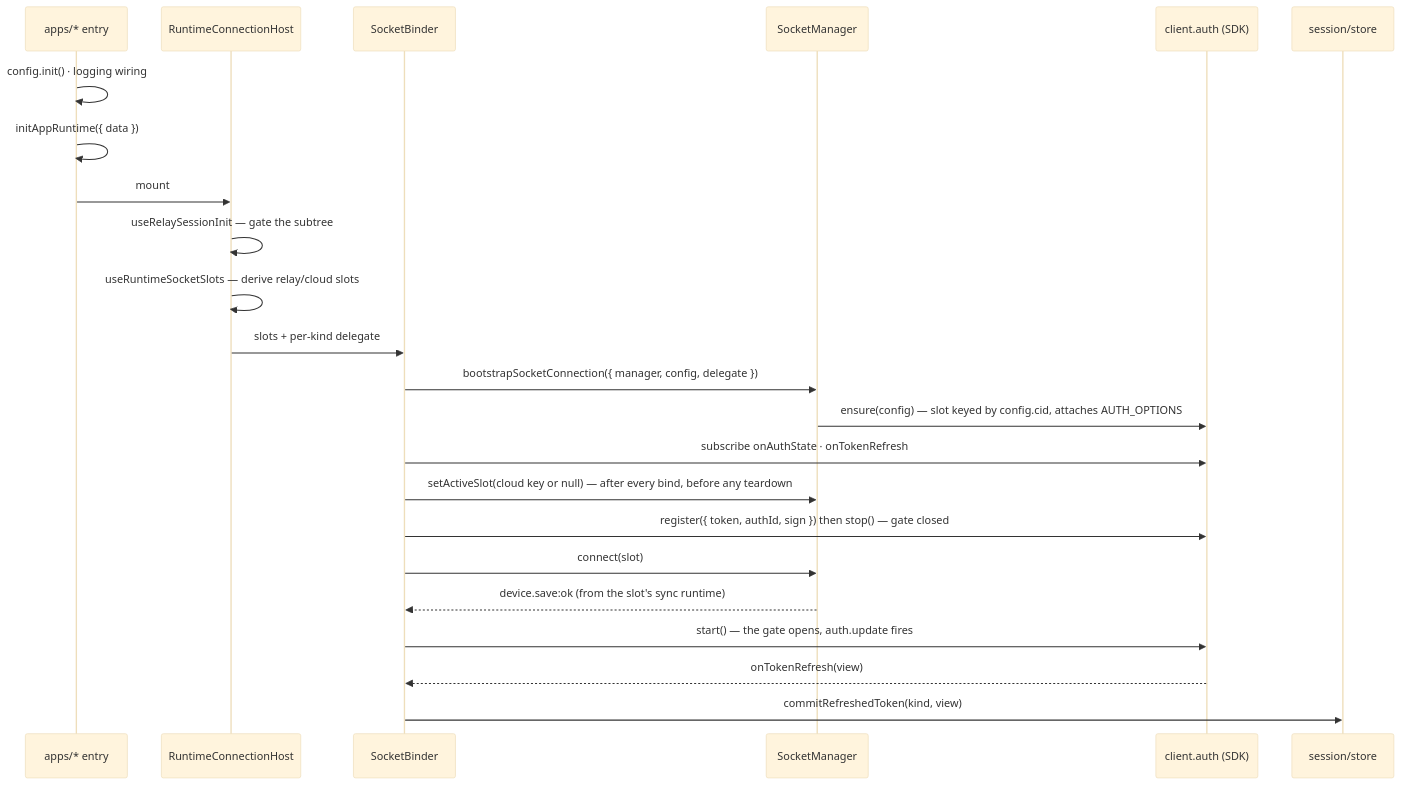
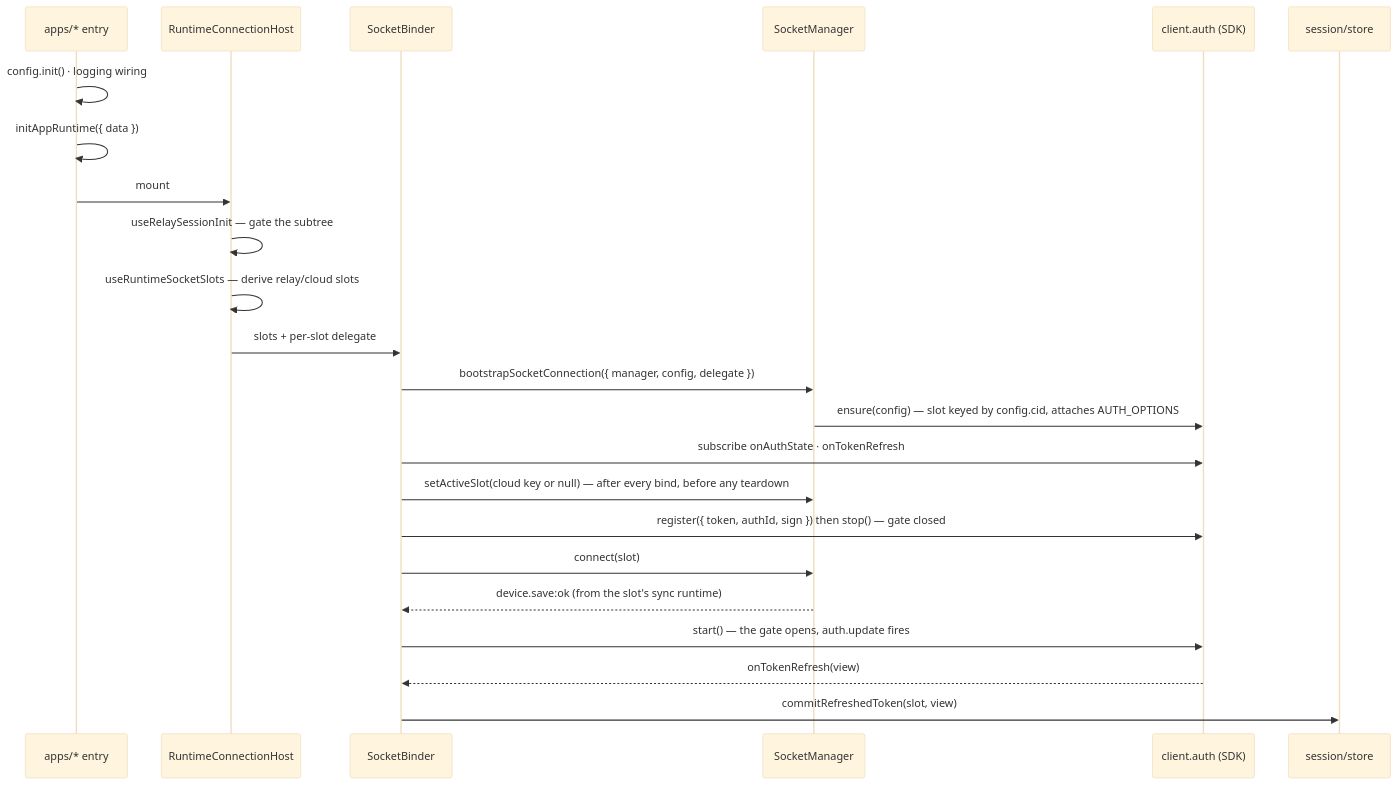
One commit to lemoncloud-io/dou-app changed the second of 2 diagrams in libs/app-runtime/README.md. Above: the diagram before and after it, drawn with Mermaid (base theme). The commit also changed other lines of this file and 39 other files, not shown here.

First line of the commit message:
feat(app-runtime): key socket auth by the slot's cloud, not the server kind (ADR-0117)

````diff
--- a/libs/app-runtime/README.md
+++ b/libs/app-runtime/README.md
@@ -125,26 +125,26 @@
 ```mermaid
 sequenceDiagram
     participant App as apps/* entry
     participant Host as RuntimeConnectionHost
     participant B as SocketBinder
     participant M as SocketManager
     participant A as client.auth (SDK)
     participant S as session/store
 
     App->>App: config.init() · logging wiring
     App->>App: initAppRuntime({ data })
     App->>Host: mount
     Host->>Host: useRelaySessionInit — gate the subtree
     Host->>Host: useRuntimeSocketSlots — derive relay/cloud slots
-    Host->>B: slots + per-kind delegate
+    Host->>B: slots + per-slot delegate
     B->>M: bootstrapSocketConnection({ manager, config, delegate })
     M->>A: ensure(config) — slot keyed by config.cid, attaches AUTH_OPTIONS
     B->>A: subscribe onAuthState · onTokenRefresh
     B->>M: setActiveSlot(cloud key or null) — after every bind, before any teardown
     B->>A: register({ token, authId, sign }) then stop() — gate closed
     B->>M: connect(slot)
     M-->>B: device.save:ok (from the slot's sync runtime)
     B->>A: start() — the gate opens, auth.update fires
     A-->>B: onTokenRefresh(view)
-    B->>S: commitRefreshedToken(kind, view)
+    B->>S: commitRefreshedToken(slot, view)
 ```
````
